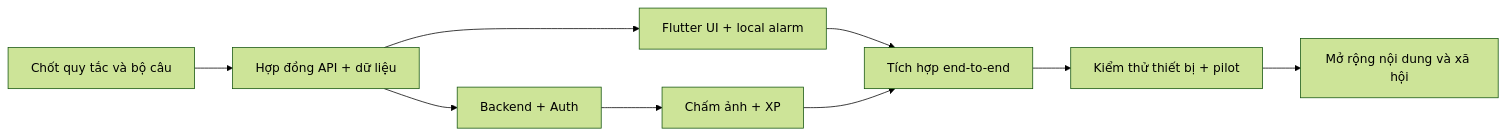
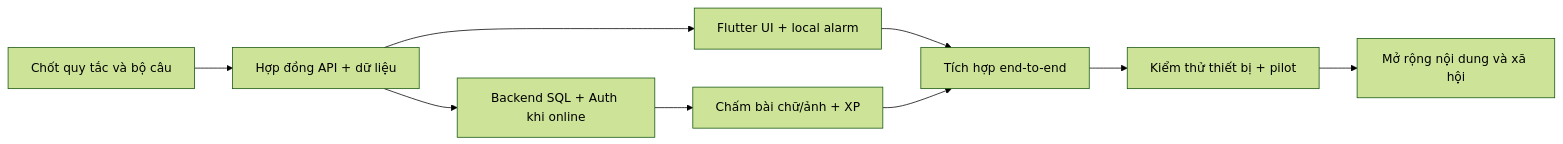
The diagram in docs/08-ke-hoach-trien-khai.md (Wothing0406/MindClock), drawn with Mermaid (forest theme) before and after one commit. The commit also changed other lines of this file and 35 other files, not shown here.

````diff
--- a/docs/08-ke-hoach-trien-khai.md
+++ b/docs/08-ke-hoach-trien-khai.md
@@ -9,11 +9,11 @@
 ```mermaid
 flowchart LR
   A[Chốt quy tắc và bộ câu] --> B[Hợp đồng API + dữ liệu]
-  B --> C[Backend + Auth]
+  B --> C[Backend SQL + Auth khi online]
   B --> D[Flutter UI + local alarm]
-  C --> E[Chấm ảnh + XP]
+  C --> E[Chấm bài chữ/ảnh + XP]
   D --> F[Tích hợp end-to-end]
   E --> F
   F --> G[Kiểm thử thiết bị + pilot]
   G --> H[Mở rộng nội dung và xã hội]
 ```
````
